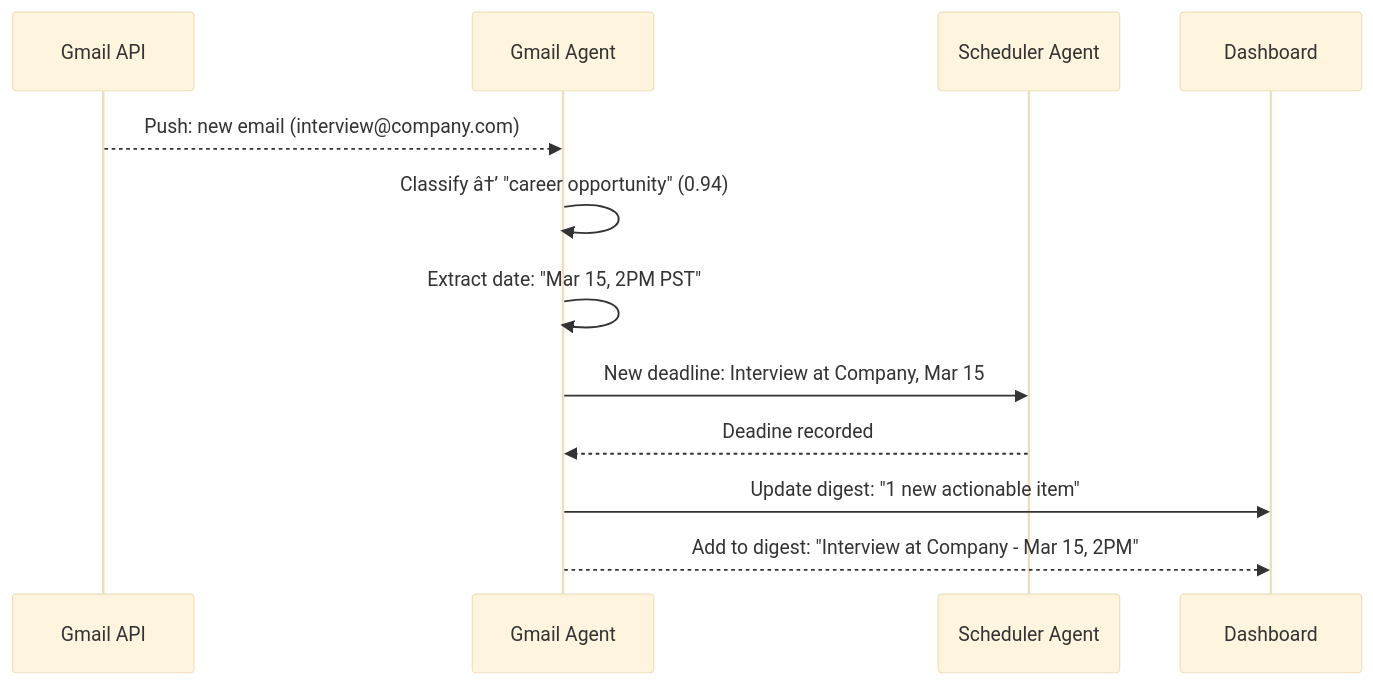
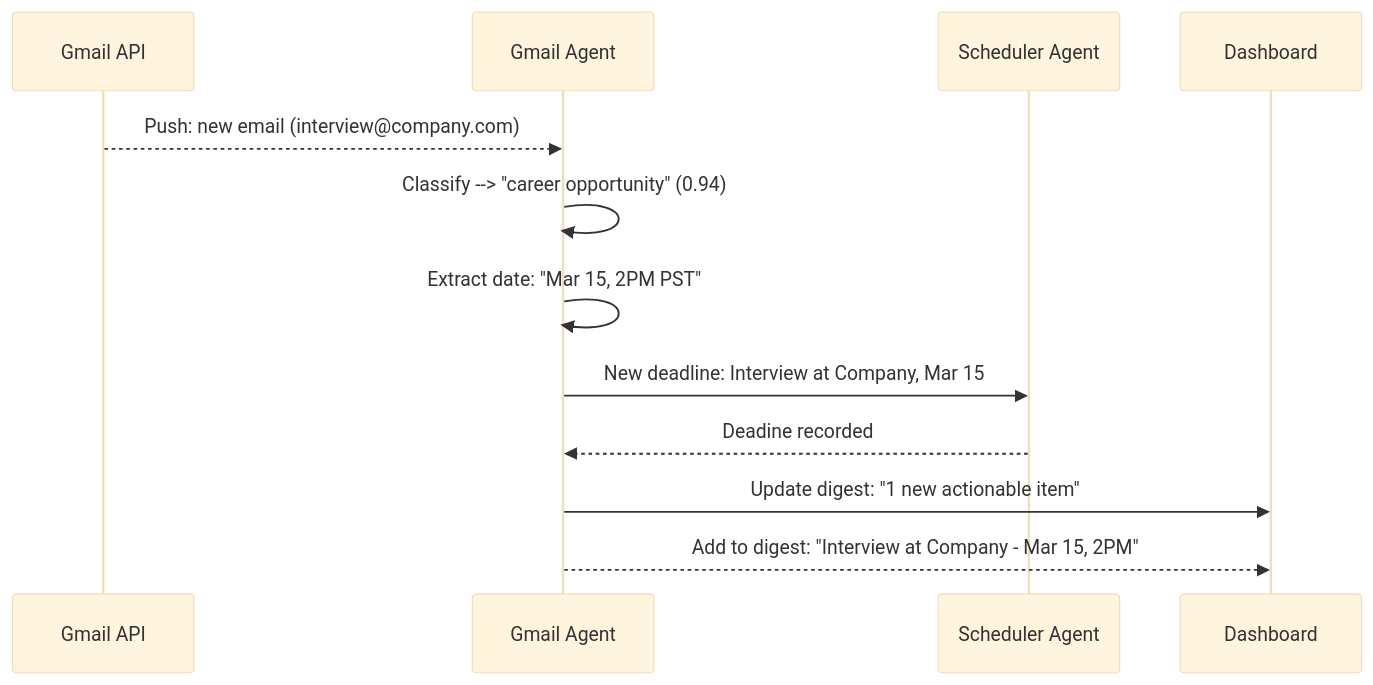
One commit to Driftloom/Vaeloom changed the second of 2 diagrams in Docs/Product/Feature-Specs/Gmail-Digest.md. Above: the diagram before and after it, drawn with Mermaid (base theme). The commit also changed other lines of this file and 31 other files, not shown here.

Commit message:
docs(product): add PRD, roadmap, user-stories, personas, specs, and strategy

````diff
--- a/Docs/Product/Feature-Specs/Gmail-Digest.md
+++ b/Docs/Product/Feature-Specs/Gmail-Digest.md
@@ -206,15 +206,15 @@
 ```mermaid
 sequenceDiagram
     participant G as Gmail API
     participant GA as Gmail Agent
     participant SA as Scheduler Agent
     participant D as Dashboard
 
     G-->>GA: Push: new email (interview@company.com)
-    GA->>GA: Classify â†’ "career opportunity" (0.94)
+    GA->>GA: Classify --> "career opportunity" (0.94)
     GA->>GA: Extract date: "Mar 15, 2PM PST"
     GA->>SA: New deadline: Interview at Company, Mar 15
     SA-->>GA: Deadine recorded
     GA->>D: Update digest: "1 new actionable item"
     GA-->>D: Add to digest: "Interview at Company - Mar 15, 2PM"
 ```
````
